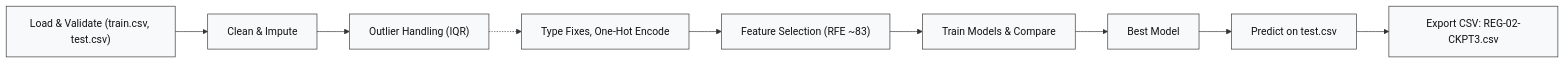
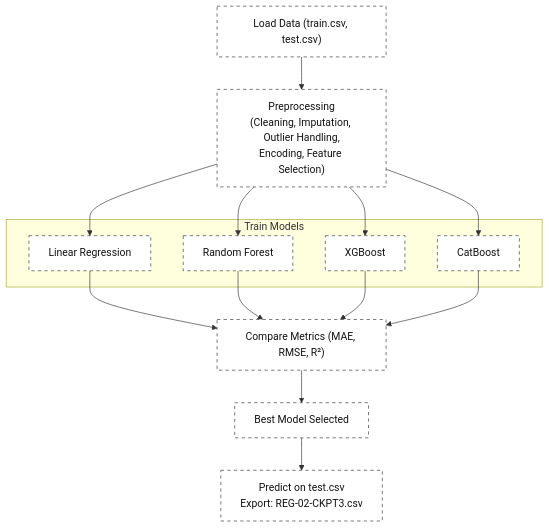
One commit to vishnu25-ds/House-Price-Prediction changed the diagram in README.md. Above: the diagram before and after it, drawn with Mermaid.

````diff
--- a/README.md
+++ b/README.md
@@ -46,19 +46,26 @@
 ```mermaid
 
-flowchart LR
-  %% row 1: preprocessing
-  A["Load & Validate (train.csv, test.csv)"] --> B["Clean & Impute"] --> C["Outlier Handling (IQR)"]
 
-  %% row 2: features + modeling
-  D["Type Fixes, One-Hot Encode"] --> E["Feature Selection (RFE ~83)"] --> F["Train Models & Compare"]
+flowchart TB
+    A["Load Data (train.csv, test.csv)"]
+    B["Preprocessing<br/>(Cleaning, Imputation, Outlier Handling,<br/>Encoding, Feature Selection)"]
 
-  %% bridge and outputs
-  C -.-> D
-  F --> G["Best Model"]
-  G --> H["Predict on test.csv"]
-  H --> I["Export CSV: REG-02-CKPT3.csv"]
+    subgraph MODELS["Train Models"]
+        C1["Linear Regression"]
+        C2["Random Forest"]
+        C3["XGBoost"]
+        C4["CatBoost"]
+    end
 
-  %% clean, subtle styling
-  classDef node fill:#f8f9fa,stroke:#333,stroke-width:1px,color:#111;
-  class A,B,C,D,E,F,G,H,I node;
+    D["Compare Metrics (MAE, RMSE, R²)"]
+    E["Best Model Selected"]
+    F["Predict on test.csv<br/>Export: REG-02-CKPT3.csv"]
+
+    %% Flow connections
+    A --> B --> C1 & C2 & C3 & C4 --> D --> E --> F
+
+    %% Styling for dashed boxes
+    classDef dashed fill:#fff,stroke:#333,stroke-dasharray: 5 5,color:#111;
+    class A,B,C1,C2,C3,C4,D,E,F dashed;
+
 ```
````
